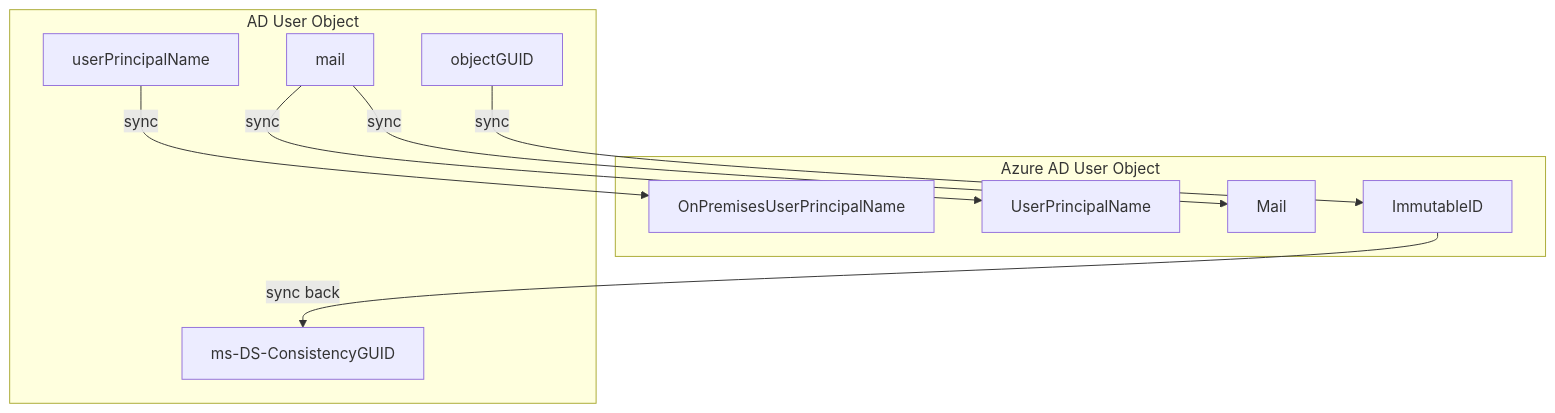
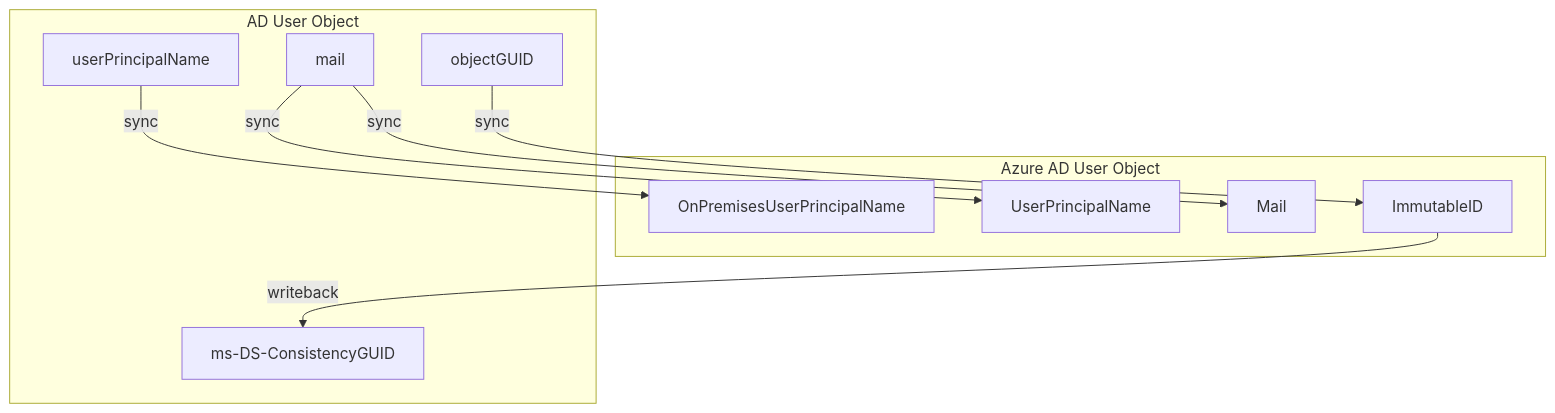
Before and after one commit to amasse3/AzureAD-Baseline-MLZ: the diagram in doc/AAD-CertificateBasedAuthentication-DODPKI.md, drawn with Mermaid.

Commit message:
test new model

`````diff
--- a/doc/AAD-CertificateBasedAuthentication-DODPKI.md
+++ b/doc/AAD-CertificateBasedAuthentication-DODPKI.md
@@ -28,21 +28,19 @@
 ````mermaid
 flowchart TD
     subgraph Azure AD User Object
     UserPrincipalName
     OnPremisesUserPrincipalName
     Mail
     ImmutableID
     end
     subgraph AD User Object
     userPrincipalName
     mail
     ms-DS-ConsistencyGUID
     objectGUID
     end
     userPrincipalName--sync-->OnPremisesUserPrincipalName
     mail--sync-->UserPrincipalName
     mail--sync-->Mail
-    ImmutableID--sync back-->ms-DS-ConsistencyGUID
-    objectGUID--sync-->ImmutableID
-    
+    objectGUID--sync-->ImmutableID--writeback-->ms-DS-ConsistencyGUID
 ````
`````
